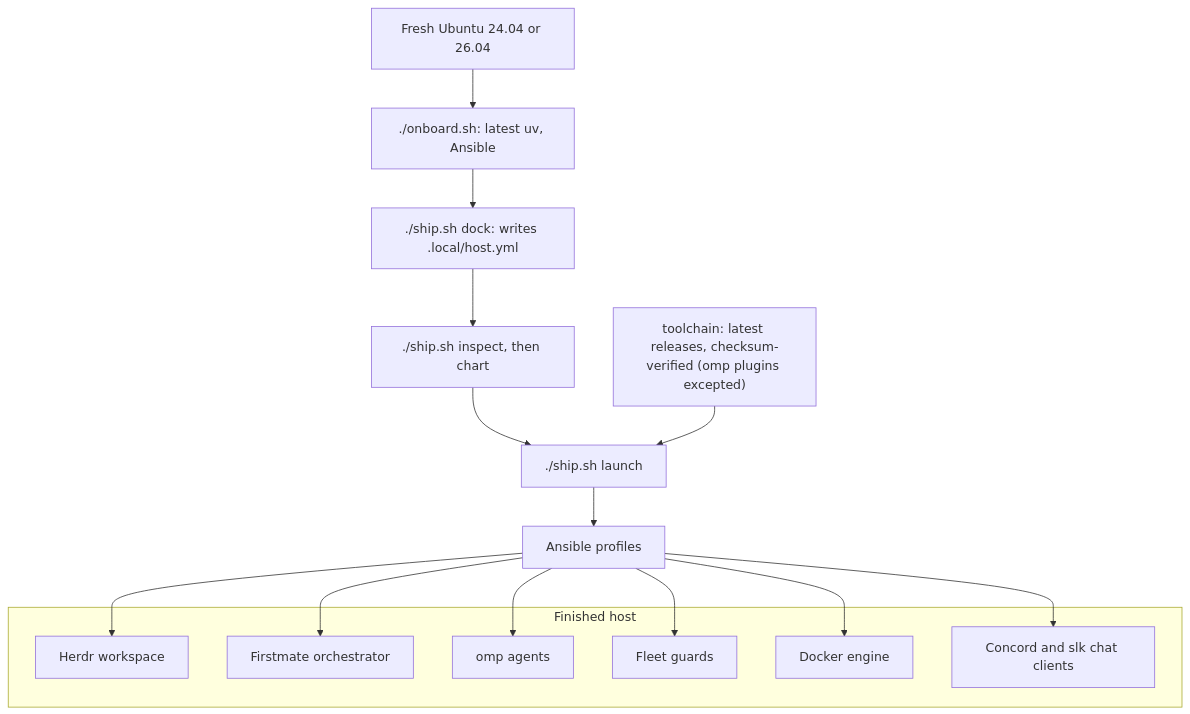
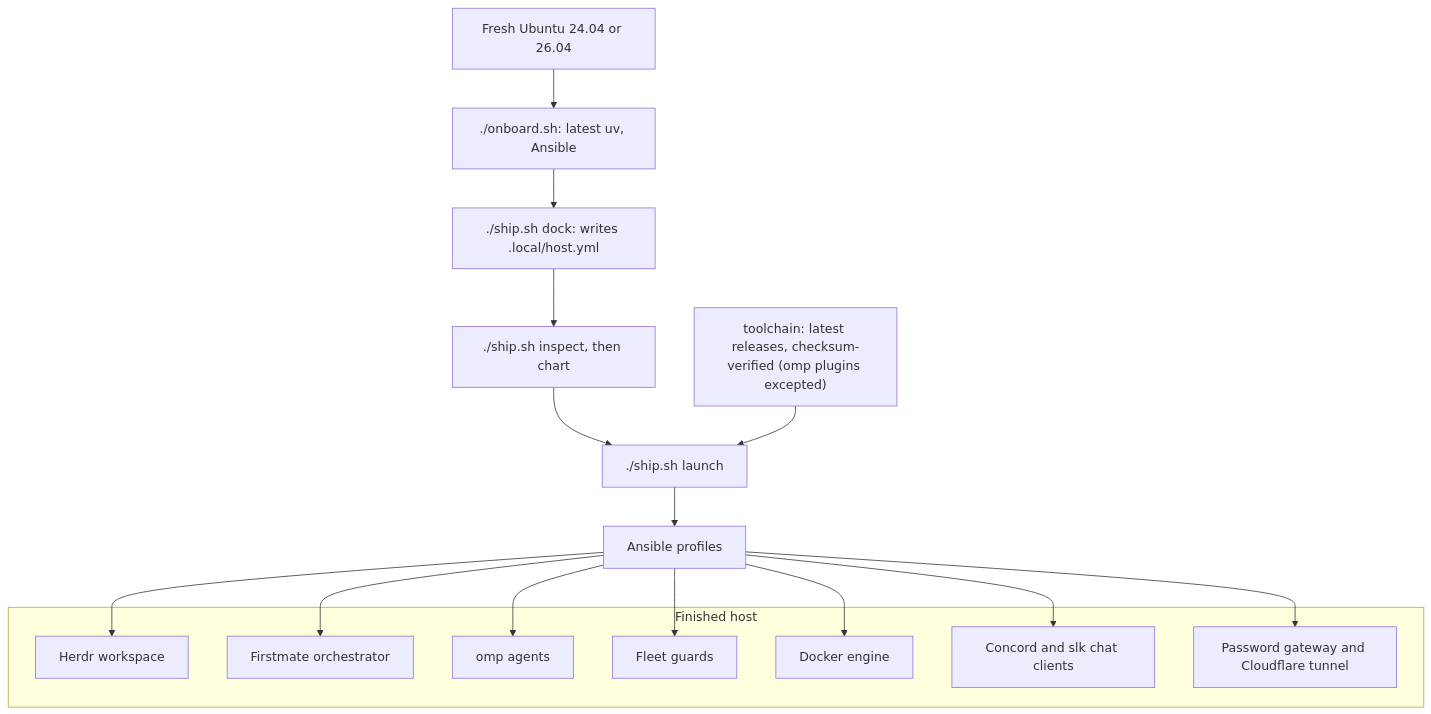
Before and after one commit to i098/Crewship: the diagram in SETUP.md, drawn with Mermaid. The commit also changed other lines of this file and 32 other files, not shown here.

First line of the commit message:
feat(gateway): one password and a Cloudflare tunnel for web pages

````diff
--- a/SETUP.md
+++ b/SETUP.md
@@ -11,23 +11,25 @@
 ```mermaid
 flowchart TD
     box["Fresh Ubuntu 24.04 or 26.04"] --> boot["./onboard.sh: latest uv, Ansible"]
     boot --> init["./ship.sh dock: writes .local/host.yml"]
     init --> check["./ship.sh inspect, then chart"]
     check --> apply["./ship.sh launch"]
     lock["toolchain: latest releases, checksum-verified (omp plugins excepted)"] --> apply
     apply --> profiles["Ansible profiles"]
     subgraph host["Finished host"]
         herdr["Herdr workspace"]
         fm["Firstmate orchestrator"]
         agents["omp agents"]
         guards["Fleet guards"]
         docker["Docker engine"]
         chat["Concord and slk chat clients"]
+        gateway["Password gateway and Cloudflare tunnel"]
     end
     profiles --> herdr
     profiles --> fm
     profiles --> agents
     profiles --> guards
     profiles --> docker
     profiles --> chat
+    profiles --> gateway
 ```
````
